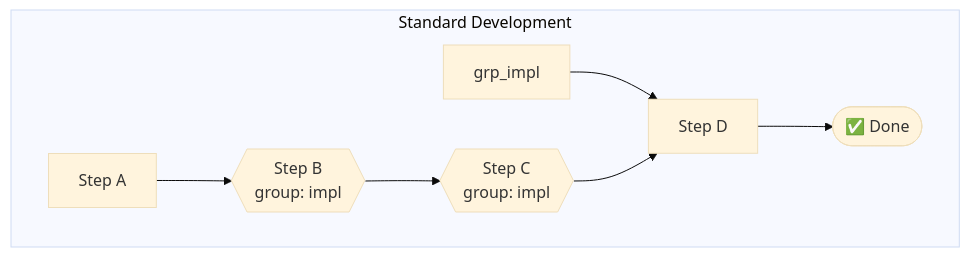
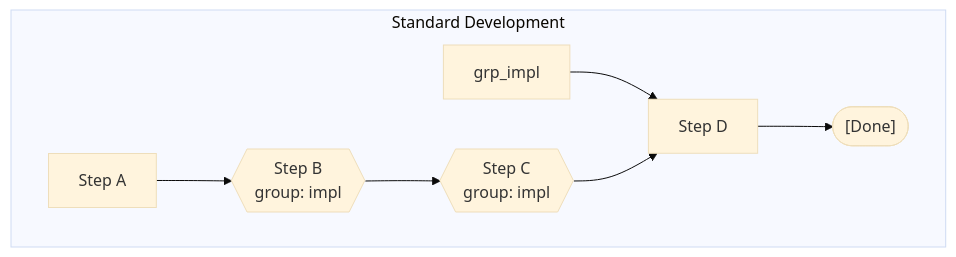
One commit to Autonomous-Lifecycle-Protocol-ALP/Autonomous-Lifecycle-Protocol-ALP changed the first of 2 diagrams in spec/21-workflow-visualization.md. Above: the diagram before and after it, drawn with Mermaid (base theme). The commit also changed 129 other files, not shown here.

````diff
--- a/spec/21-workflow-visualization.md
+++ b/spec/21-workflow-visualization.md
@@ -62,14 +62,14 @@
 ```mermaid
 flowchart TD
   subgraph wf_standard["Standard Development"]
     s_wf_0[Step A]
     s_wf_1{{Step B\ngroup: impl}}
     s_wf_2{{Step C\ngroup: impl}}
     s_wf_3[Step D]
     grp_impl --> s_wf_3
     s_wf_0 --> s_wf_1
     s_wf_1 --> s_wf_2
     s_wf_2 --> s_wf_3
-    s_wf_3 --> wf_standard_done(["✅ Done"])
+    s_wf_3 --> wf_standard_done(["[Done]"])
   end
 ```
````
